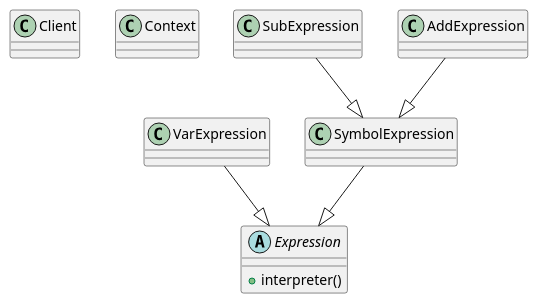
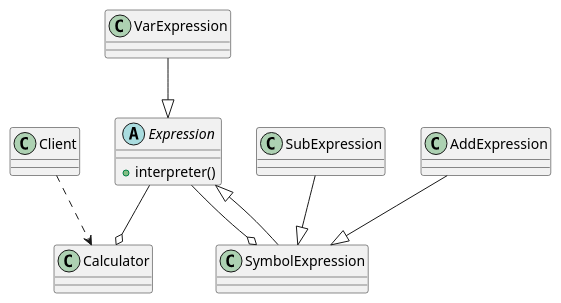
The diagram in design-pattern/src/main/java/wr1ttenyu/f1nal/study/designpattern/pattern23/interpreter/calculator.puml (wr1ttenyu/f1nal), drawn with PlantUML before and after one commit. The commit also changed 14 other files, not shown here.

```diff
--- a/design-pattern/src/main/java/wr1ttenyu/f1nal/study/designpattern/pattern23/interpreter/calculator.puml
+++ b/design-pattern/src/main/java/wr1ttenyu/f1nal/study/designpattern/pattern23/interpreter/calculator.puml
@@ -1,22 +1,27 @@
 @startuml
 
 class Client
-class Context
+class Calculator
 abstract class Expression
 class VarExpression
 class SymbolExpression
 class SubExpression
 class AddExpression
 
 VarExpression --|> Expression
 
 SymbolExpression --|> Expression
 
 AddExpression --|> SymbolExpression
 SubExpression --|> SymbolExpression
 
+Expression --o SymbolExpression
+Expression --o Calculator
+
+Client ..> Calculator
+
 abstract class Expression {
     +interpreter()
 }
 
 @enduml
```
